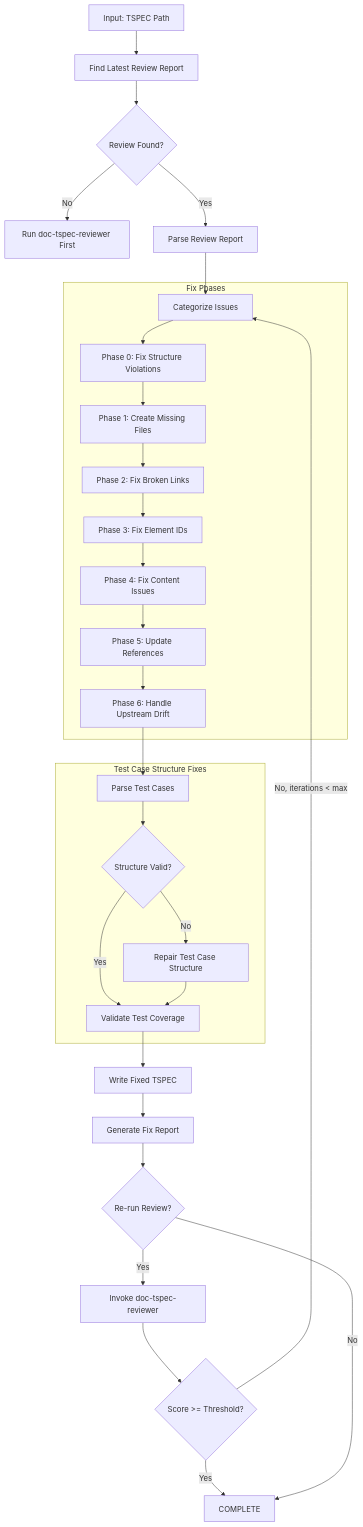
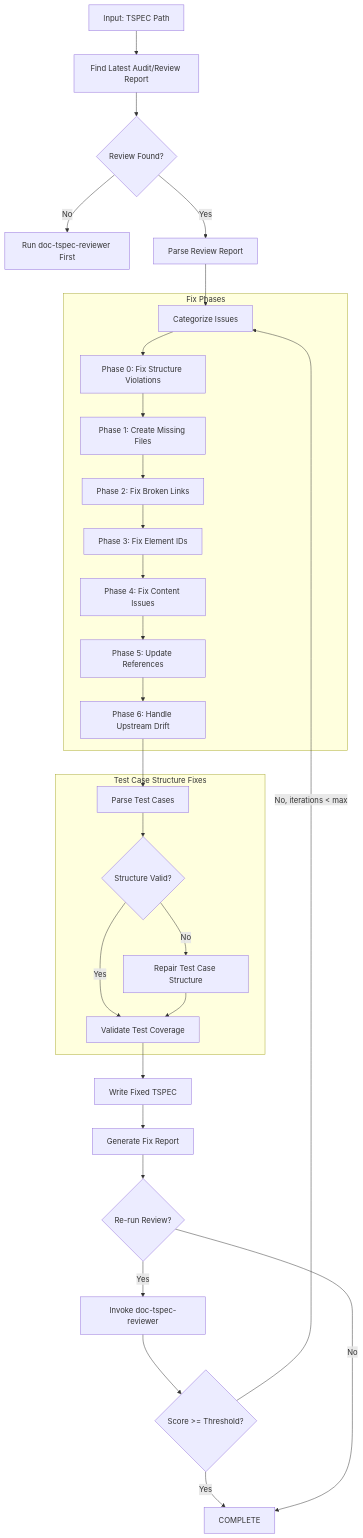
One commit to vladm3105/aidoc-flow-framework changed the first of 2 diagrams in .claude/skills/doc-tspec-fixer/SKILL.md. Above: the diagram before and after it, drawn with Mermaid. The commit also changed other lines of this file and 6 other files, not shown here.

Commit message:
feat(tspec): execute IPLAN-017 parity and add audit wrapper

````diff
--- a/.claude/skills/doc-tspec-fixer/SKILL.md
+++ b/.claude/skills/doc-tspec-fixer/SKILL.md
@@ -67,36 +75,36 @@
 ```mermaid
 flowchart TD
-    A[Input: TSPEC Path] --> B[Find Latest Review Report]
+  A[Input: TSPEC Path] --> B[Find Latest Audit/Review Report]
     B --> C{Review Found?}
     C -->|No| D[Run doc-tspec-reviewer First]
     C -->|Yes| E[Parse Review Report]
 
     E --> F[Categorize Issues]
 
     subgraph FixPhases["Fix Phases"]
         F --> F0[Phase 0: Fix Structure Violations]
         F0 --> G[Phase 1: Create Missing Files]
         G --> H[Phase 2: Fix Broken Links]
         H --> I[Phase 3: Fix Element IDs]
         I --> J[Phase 4: Fix Content Issues]
         J --> K[Phase 5: Update References]
         K --> K2[Phase 6: Handle Upstream Drift]
     end
 
     subgraph TestCaseFix["Test Case Structure Fixes"]
         K2 --> T1[Parse Test Cases]
         T1 --> T2{Structure Valid?}
         T2 -->|No| T3[Repair Test Case Structure]
         T2 -->|Yes| T4[Validate Test Coverage]
         T3 --> T4
     end
 
     T4 --> L[Write Fixed TSPEC]
     L --> M[Generate Fix Report]
     M --> N{Re-run Review?}
     N -->|Yes| O[Invoke doc-tspec-reviewer]
     O --> P{Score >= Threshold?}
     P -->|No, iterations < max| F
     P -->|Yes| Q[COMPLETE]
     N -->|No| Q
 ```
````
